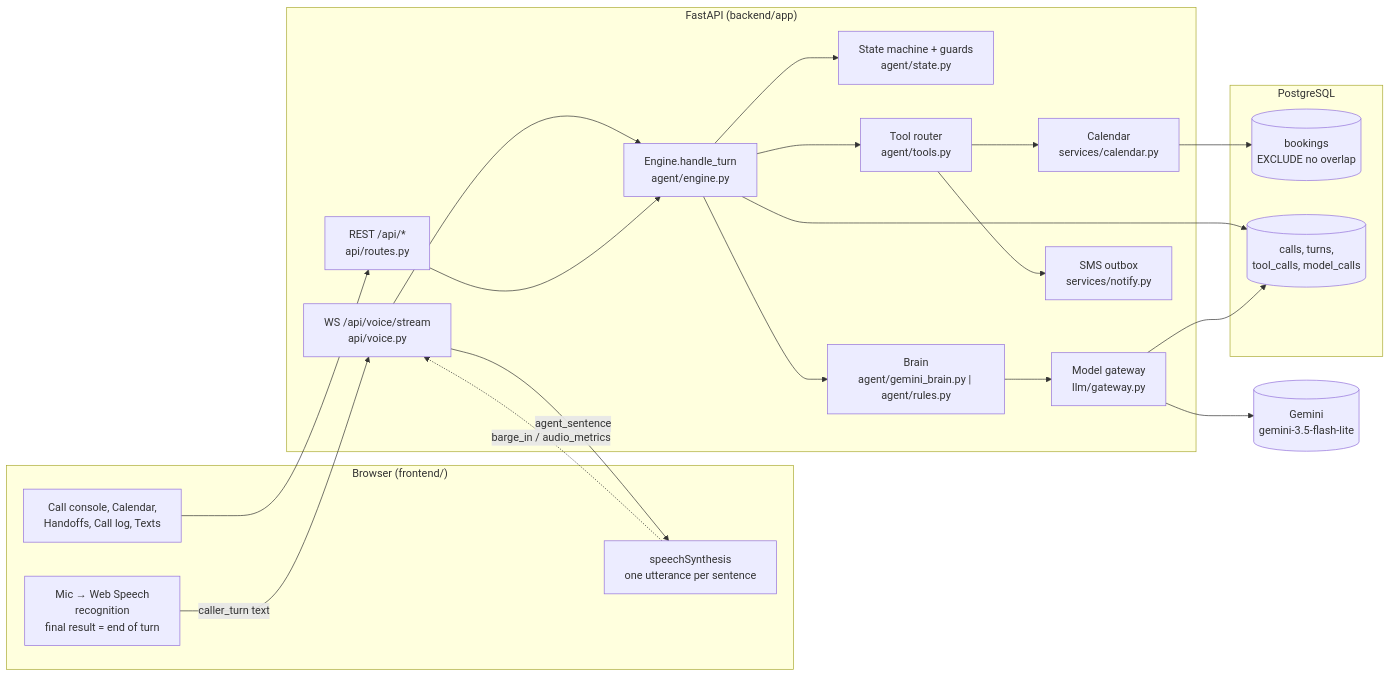
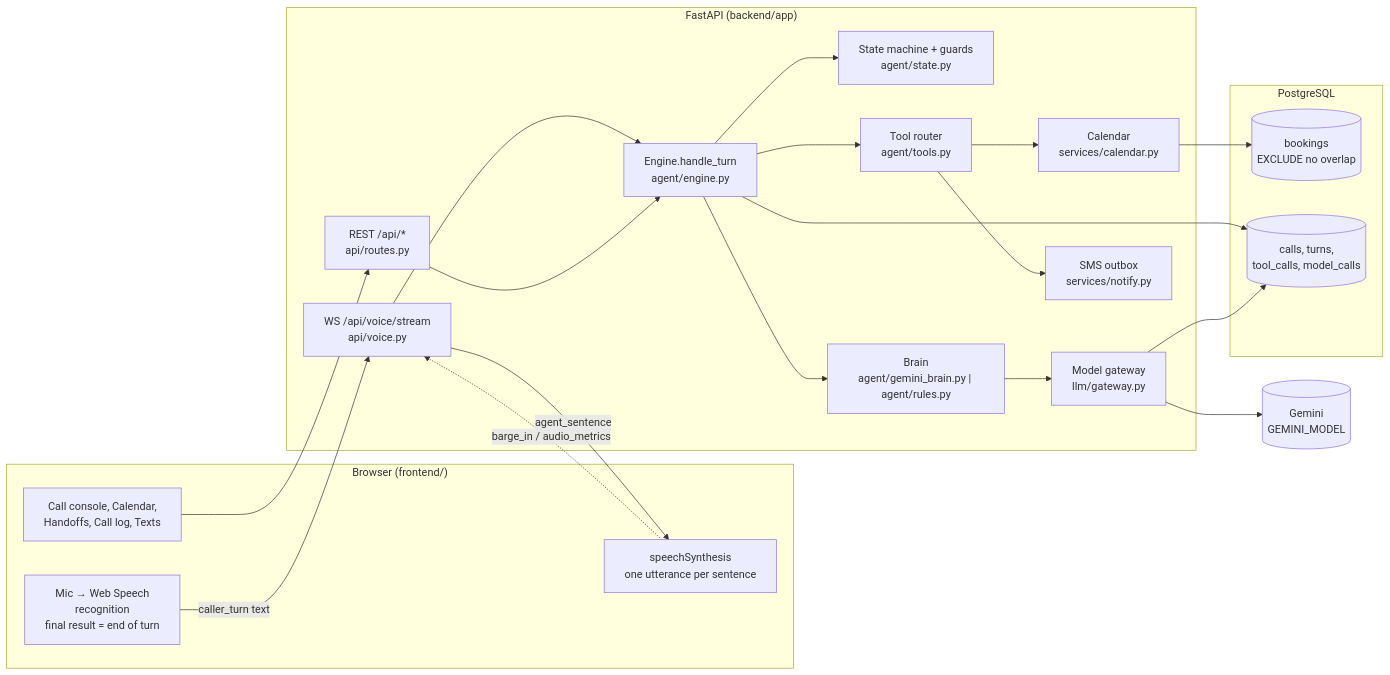
Before and after one commit to 0shunya/AI-Phone-Receptionist: the first of 5 diagrams in WORKFLOW.md, drawn with Mermaid. The commit also changed 7 other files, not shown here.

````diff
--- a/WORKFLOW.md
+++ b/WORKFLOW.md
@@ -9,37 +9,37 @@
 ```mermaid
 flowchart LR
   subgraph Browser["Browser (frontend/)"]
     MIC[Mic → Web Speech<br/>recognition<br/>final result = end of turn]
     TTS[speechSynthesis<br/>one utterance per sentence]
     UI[Call console, Calendar,<br/>Handoffs, Call log, Texts]
   end
   subgraph API["FastAPI (backend/app)"]
     WS["WS /api/voice/stream<br/>api/voice.py"]
     REST["REST /api/*<br/>api/routes.py"]
     ENG["Engine.handle_turn<br/>agent/engine.py"]
     SM["State machine + guards<br/>agent/state.py"]
     BR["Brain<br/>agent/gemini_brain.py | agent/rules.py"]
     GW["Model gateway<br/>llm/gateway.py"]
     TR["Tool router<br/>agent/tools.py"]
     CAL["Calendar<br/>services/calendar.py"]
     SMS["SMS outbox<br/>services/notify.py"]
   end
-  GEM[(Gemini<br/>gemini-3.5-flash-lite)]
+  GEM[(Gemini<br/>GEMINI_MODEL)]
   subgraph PG["PostgreSQL"]
     BK[(bookings<br/>EXCLUDE no overlap)]
     LOG[(calls, turns,<br/>tool_calls, model_calls)]
   end
   MIC -- caller_turn text --> WS
   WS -- agent_sentence --> TTS
   TTS -. barge_in / audio_metrics .-> WS
   UI --> REST
   WS --> ENG
   REST --> ENG
   ENG --> SM
   ENG --> BR
   BR --> GW --> GEM
   ENG --> TR --> CAL --> BK
   TR --> SMS
   ENG --> LOG
   GW --> LOG
 ```
````
